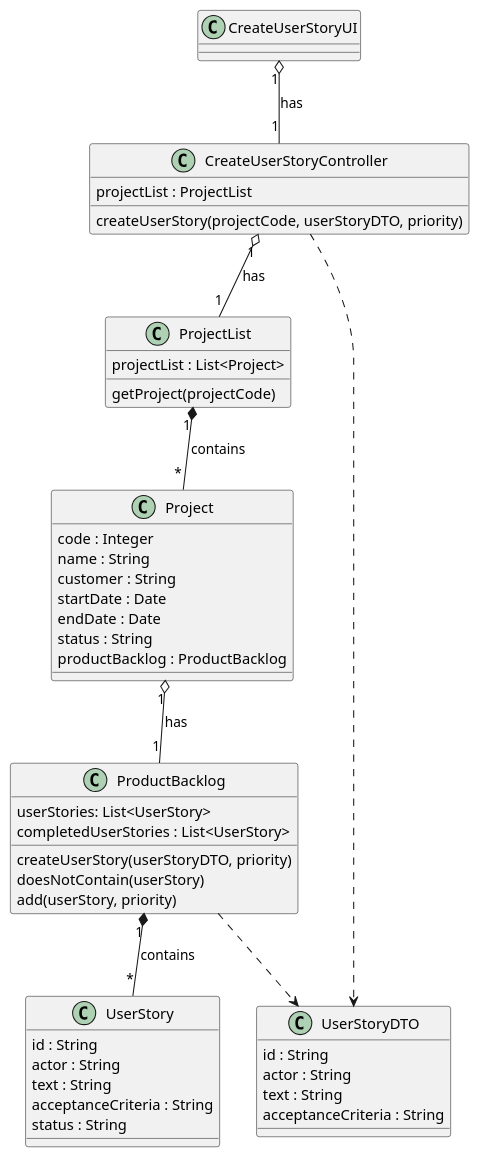
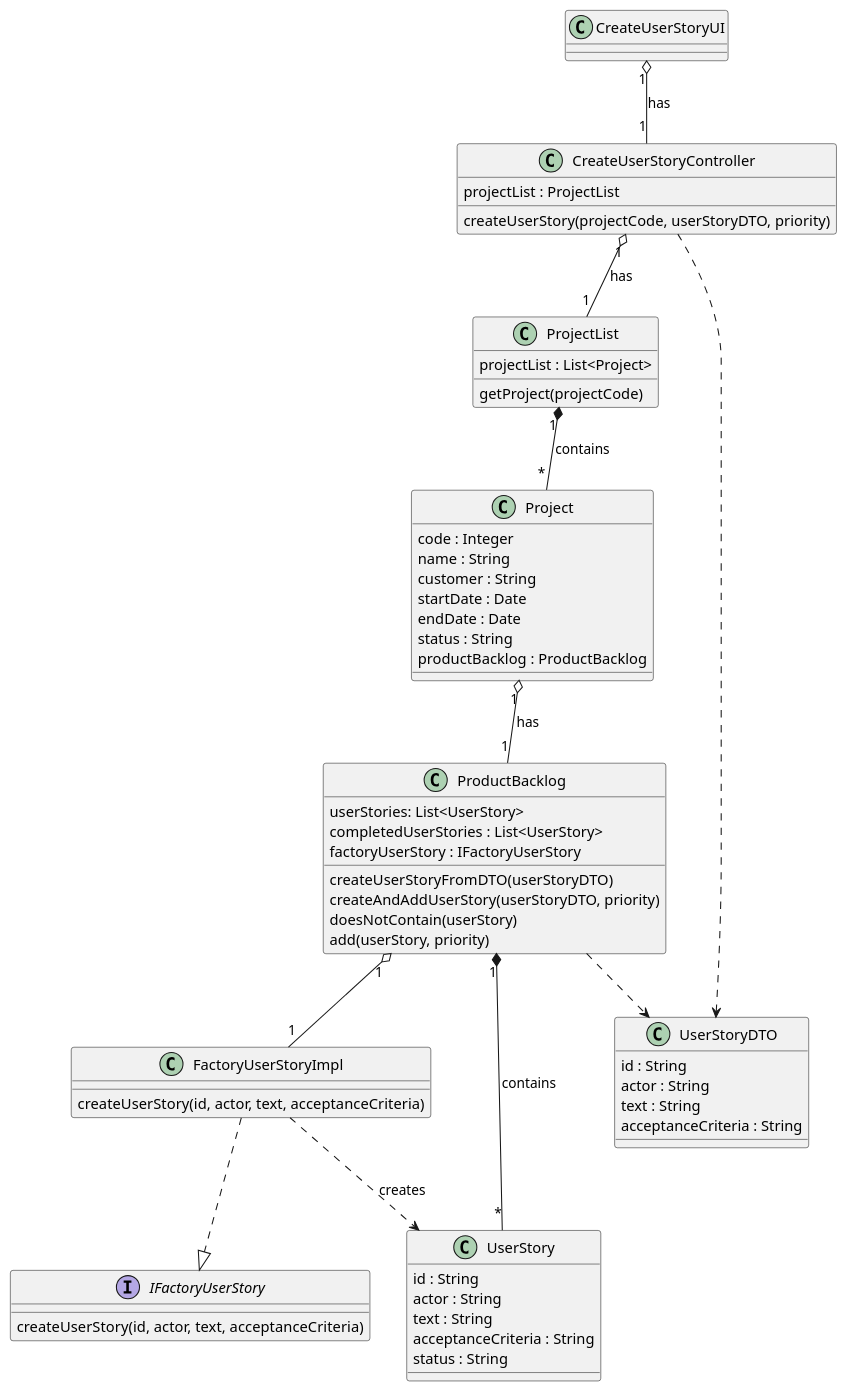
One commit to ivo-menezes/project_g3 changed the diagram in docs/modelling_design/user_stories/us017/US017_CreateUserStoryCD.puml. Above: the diagram before and after it, drawn with PlantUML.

Commit message:
US017 : Design : CD (update)

```diff
--- a/docs/modelling_design/user_stories/us017/US017_CreateUserStoryCD.puml
+++ b/docs/modelling_design/user_stories/us017/US017_CreateUserStoryCD.puml
@@ -1,56 +1,69 @@
 @startuml
 
 class CreateUserStoryUI {}
 
 class CreateUserStoryController {
 projectList : ProjectList
 createUserStory(projectCode, userStoryDTO, priority)
 }
 
 class ProjectList {
 projectList : List<Project>
 getProject(projectCode)
 }
 
 class Project {
 code : Integer
 name : String
 customer : String
 startDate : Date
 endDate : Date
 status : String
 productBacklog : ProductBacklog
 }
 
 class ProductBacklog {
 userStories: List<UserStory>
 completedUserStories : List<UserStory>
-createUserStory(userStoryDTO, priority)
+factoryUserStory : IFactoryUserStory
+createUserStoryFromDTO(userStoryDTO)
+createAndAddUserStory(userStoryDTO, priority)
 doesNotContain(userStory)
 add(userStory, priority)
+}
+
+class FactoryUserStoryImpl {
+createUserStory(id, actor, text, acceptanceCriteria)
+}
+
+interface IFactoryUserStory {
+createUserStory(id, actor, text, acceptanceCriteria)
 }
 
 class UserStory {
 id : String
 actor : String
 text : String
 acceptanceCriteria : String
 status : String
 }
 
 class UserStoryDTO {
 id : String
 actor : String
 text : String
 acceptanceCriteria : String
 }
 
 CreateUserStoryUI "1" o-- "1" CreateUserStoryController : has
 CreateUserStoryController "1" o-- "1" ProjectList : has
 CreateUserStoryController ..> UserStoryDTO
 ProductBacklog ..> UserStoryDTO
 ProjectList "      1" *-- "                    *" Project : contains
 Project "1" o-- "1" ProductBacklog : has
 ProductBacklog "1" *-- "*" UserStory : contains
+FactoryUserStoryImpl  ..|> IFactoryUserStory
+ProductBacklog "1" o-- "1" FactoryUserStoryImpl
+FactoryUserStoryImpl ..> UserStory : creates
 
 @enduml
```
